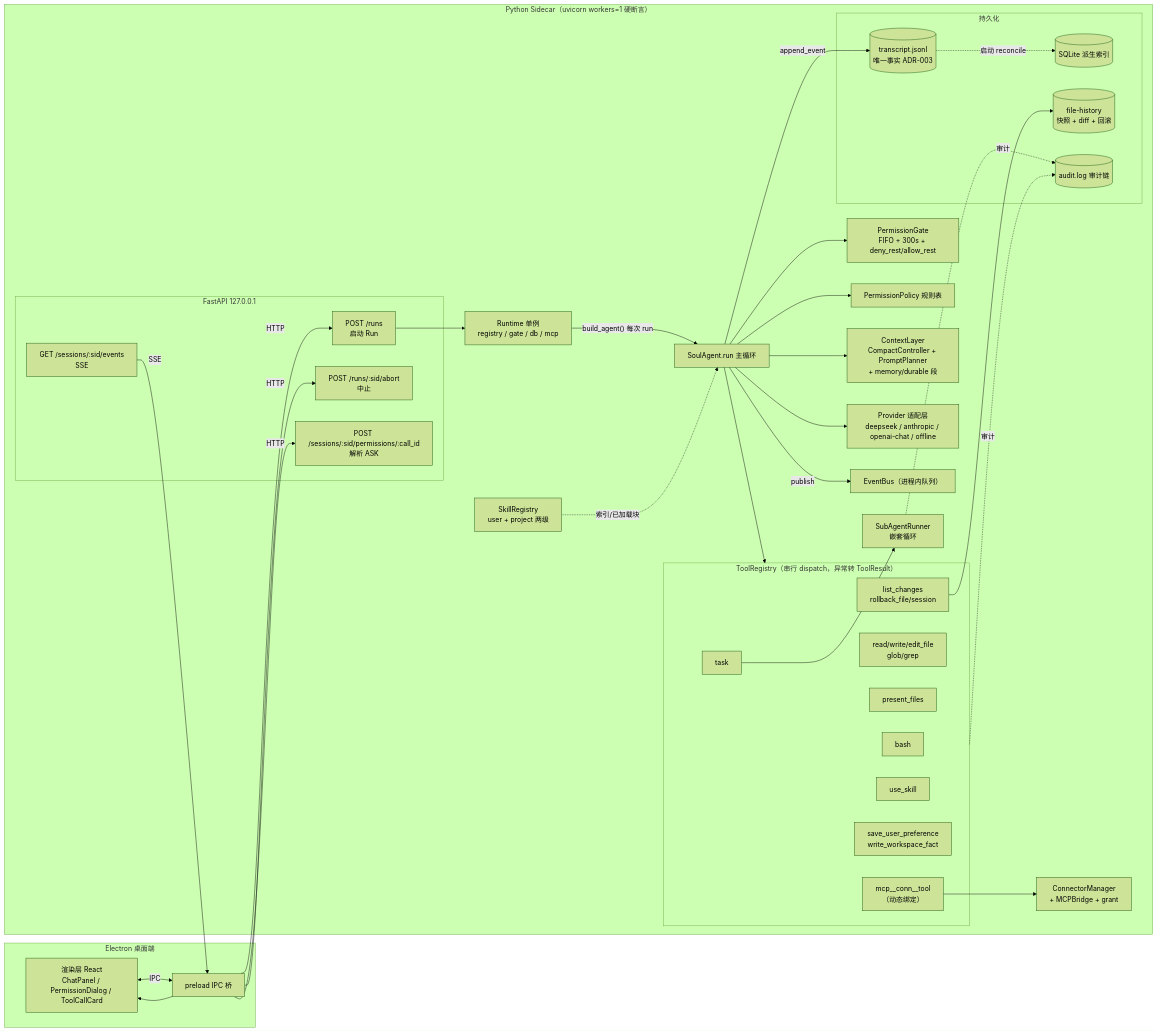
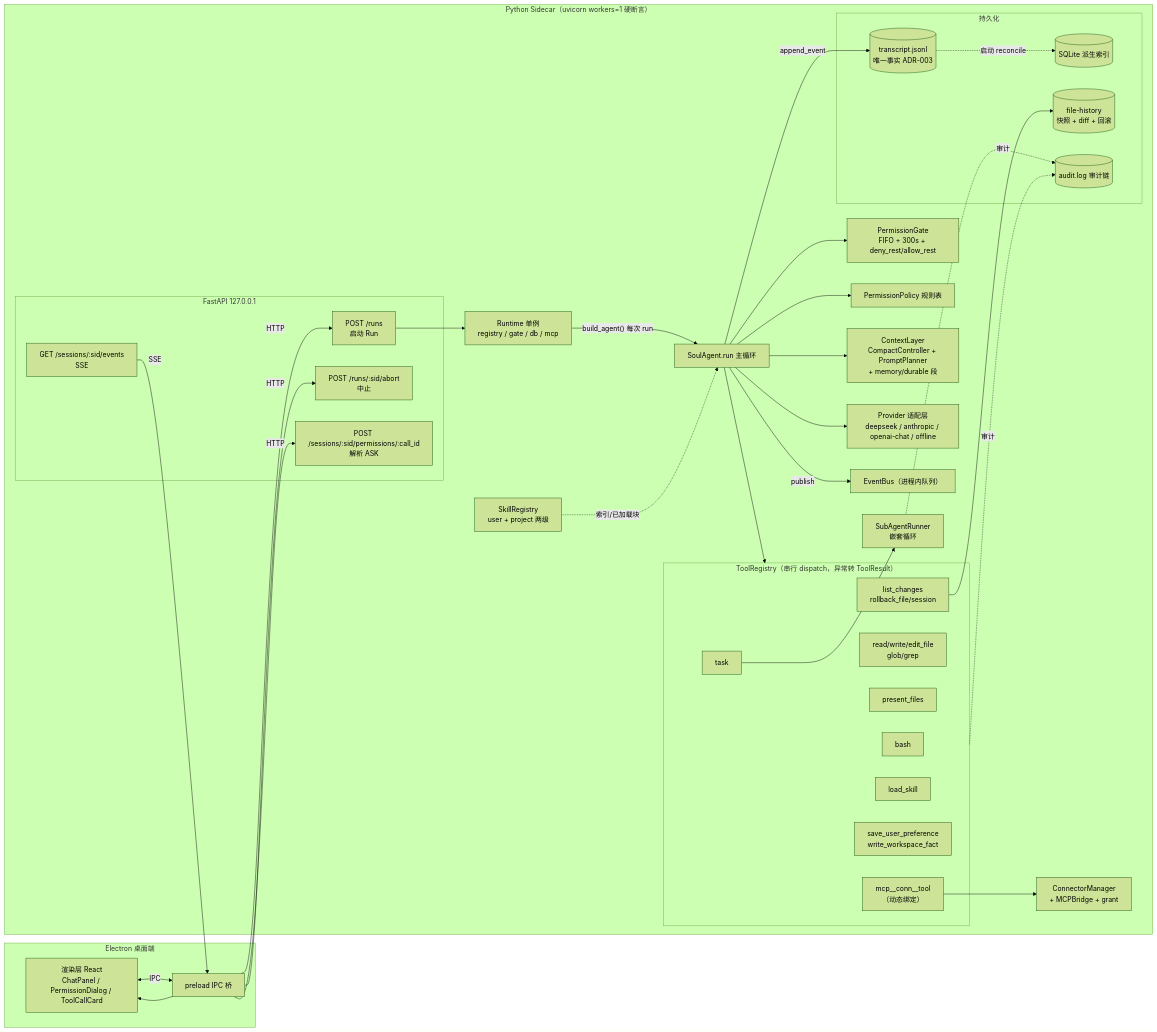
Before and after one commit to andyxu1234/soul_buddy: the second of 13 diagrams in docs/architecture-design/agent-loop-map.md, drawn with Mermaid (forest theme). The commit also changed other lines of this file and 26 other files, not shown here.

Commit message:
refactor(skills): 重命名 use_skill 工具为 load_skill

````diff
--- a/docs/architecture-design/agent-loop-map.md
+++ b/docs/architecture-design/agent-loop-map.md
@@ -131,62 +131,62 @@
 ```mermaid
 flowchart LR
     subgraph Desktop["Electron 桌面端"]
         UI["渲染层 React<br/>ChatPanel / PermissionDialog / ToolCallCard"]
         PRE["preload IPC 桥"]
     end
 
     subgraph Sidecar["Python Sidecar（uvicorn workers=1 硬断言）"]
         subgraph HTTP["FastAPI 127.0.0.1"]
             R1["POST /runs<br/>启动 Run"]
             R2["POST /runs/:sid/abort<br/>中止"]
             R3["POST /sessions/:sid/permissions/:call_id<br/>解析 ASK"]
             R4["GET /sessions/:sid/events<br/>SSE"]
         end
         RT["Runtime 单例<br/>registry / gate / db / mcp"]
         AG["SoulAgent.run 主循环"]
         GATE["PermissionGate<br/>FIFO + 300s + deny_rest/allow_rest"]
         POL["PermissionPolicy 规则表"]
         CTX["ContextLayer<br/>CompactController + PromptPlanner<br/>+ memory/durable 段"]
         SKR["SkillRegistry<br/>user + project 两级"]
         subgraph TR["ToolRegistry（串行 dispatch，异常转 ToolResult）"]
             T1["bash"]
             T2["read/write/edit_file<br/>glob/grep"]
             T3["present_files"]
             T4["list_changes<br/>rollback_file/session"]
-            T5["use_skill"]
+            T5["load_skill"]
             T6["save_user_preference<br/>write_workspace_fact"]
             T7["task"]
             T8["mcp__conn__tool<br/>（动态绑定）"]
         end
         SUB["SubAgentRunner<br/>嵌套循环"]
         MCPM["ConnectorManager<br/>+ MCPBridge + grant"]
         PROV["Provider 适配层<br/>deepseek / anthropic / openai-chat / offline"]
         BUS["EventBus（进程内队列）"]
         subgraph STORE["持久化"]
             JSONL[("transcript.jsonl<br/>唯一事实 ADR-003")]
             SQL[("SQLite 派生索引")]
             FH[("file-history<br/>快照 + diff + 回滚")]
             AUD[("audit.log 审计链")]
         end
     end
 
     UI <-->|IPC| PRE
     PRE -->|HTTP| R1 & R2 & R3
     R4 -->|SSE| PRE --> UI
     R1 --> RT
     RT -->|"build_agent() 每次 run"| AG
     AG --> POL
     AG --> GATE
     AG --> PROV
     AG --> CTX
     AG --> TR
     SKR -.索引/已加载块.-> AG
     T7 --> SUB
     T8 --> MCPM
     AG -->|append_event| JSONL
     AG -->|publish| BUS
     JSONL -.启动 reconcile.-> SQL
     T4 --> FH
     TR -.审计.-> AUD
     SUB -.审计.-> AUD
 ```
````
